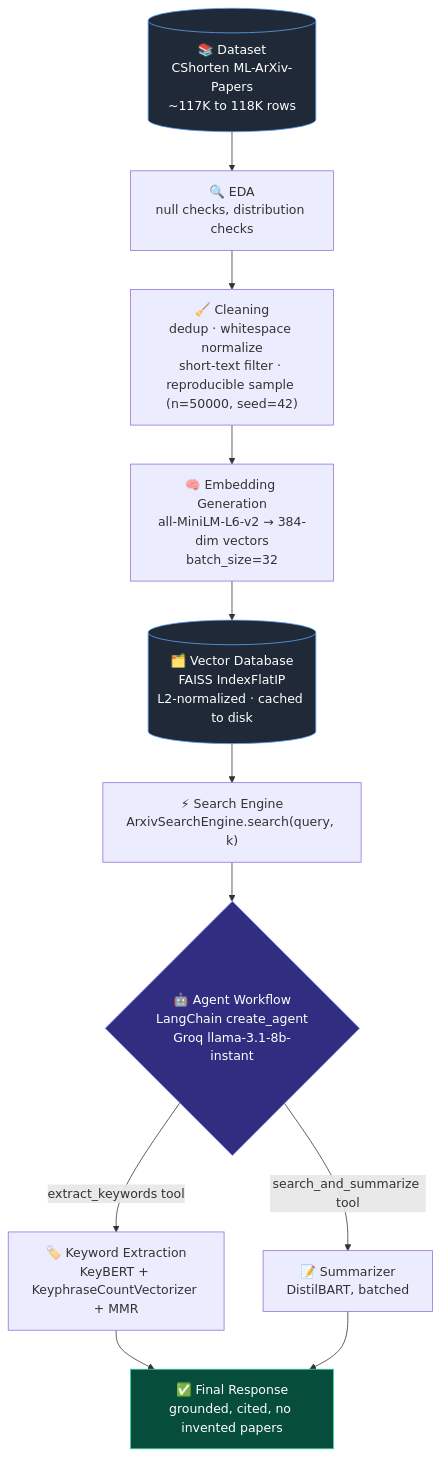
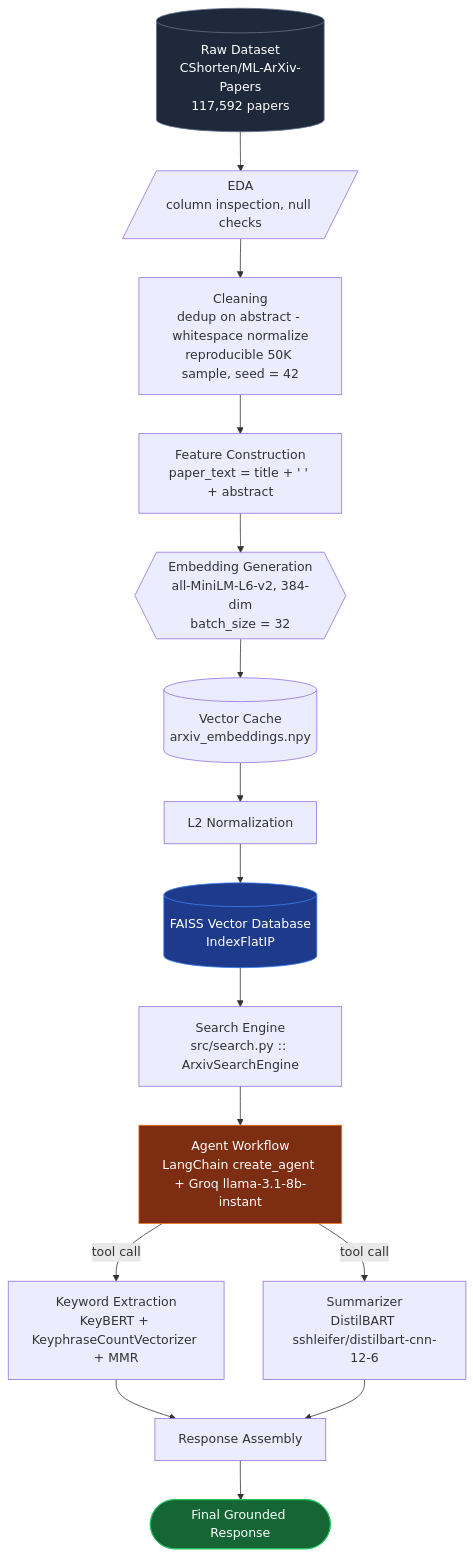
One commit to aayushdalal/Fanite changed the first of 5 diagrams in README.md. Above: the diagram before and after it, drawn with Mermaid. The commit also changed other lines of this file, not shown here.

````diff
--- a/README.md
+++ b/README.md
@@ -139,18 +147,22 @@
 ```mermaid
 flowchart TD
-    A[("📚 Dataset<br/>CShorten ML-ArXiv-Papers<br/>~117K to 118K rows")] --> B["🔍 EDA<br/>null checks, distribution checks"]
-    B --> C["🧹 Cleaning<br/>dedup · whitespace normalize<br/>short-text filter · reproducible sample (n=50000, seed=42)"]
-    C --> D["🧠 Embedding Generation<br/>all-MiniLM-L6-v2 → 384-dim vectors<br/>batch_size=32"]
-    D --> E[("🗂️ Vector Database<br/>FAISS IndexFlatIP<br/>L2-normalized · cached to disk")]
-    E --> F["⚡ Search Engine<br/>ArxivSearchEngine.search(query, k)"]
-    F --> G{"🤖 Agent Workflow<br/>LangChain create_agent<br/>Groq llama-3.1-8b-instant"}
-    G -->|extract_keywords tool| H["🏷️ Keyword Extraction<br/>KeyBERT + KeyphraseCountVectorizer + MMR"]
-    G -->|search_and_summarize tool| I["📝 Summarizer<br/>DistilBART, batched"]
-    H --> J["✅ Final Response<br/>grounded, cited, no invented papers"]
-    I --> J
+    A[("Raw Dataset<br/>CShorten/ML-ArXiv-Papers<br/>117,592 papers")] --> B[/"EDA<br/>column inspection, null checks"/]
+    B --> C["Cleaning<br/>dedup on abstract - whitespace normalize<br/>reproducible 50K sample, seed = 42"]
+    C --> D["Feature Construction<br/>paper_text = title + ' ' + abstract"]
+    D --> E{{"Embedding Generation<br/>all-MiniLM-L6-v2, 384-dim<br/>batch_size = 32"}}
+    E --> F[("Vector Cache<br/>arxiv_embeddings.npy")]
+    F --> G["L2 Normalization"]
+    G --> H[("FAISS Vector Database<br/>IndexFlatIP")]
+    H --> I["Search Engine<br/>src/search.py :: ArxivSearchEngine"]
+    I --> J["Agent Workflow<br/>LangChain create_agent + Groq llama-3.1-8b-instant"]
+    J -->|tool call| K["Keyword Extraction<br/>KeyBERT + KeyphraseCountVectorizer + MMR"]
+    J -->|tool call| L["Summarizer<br/>DistilBART sshleifer/distilbart-cnn-12-6"]
+    K --> M["Response Assembly"]
+    L --> M
+    M --> N(["Final Grounded Response"])
 
-    style A fill:#1f2937,stroke:#60a5fa,color:#fff
-    style E fill:#1f2937,stroke:#60a5fa,color:#fff
-    style G fill:#312e81,stroke:#818cf8,color:#fff
-    style J fill:#064e3b,stroke:#34d399,color:#fff
+    style A fill:#1e293b,stroke:#64748b,color:#fff
+    style N fill:#166534,stroke:#22c55e,color:#fff
+    style H fill:#1e3a8a,stroke:#3b82f6,color:#fff
+    style J fill:#7c2d12,stroke:#f97316,color:#fff
 ```
````
